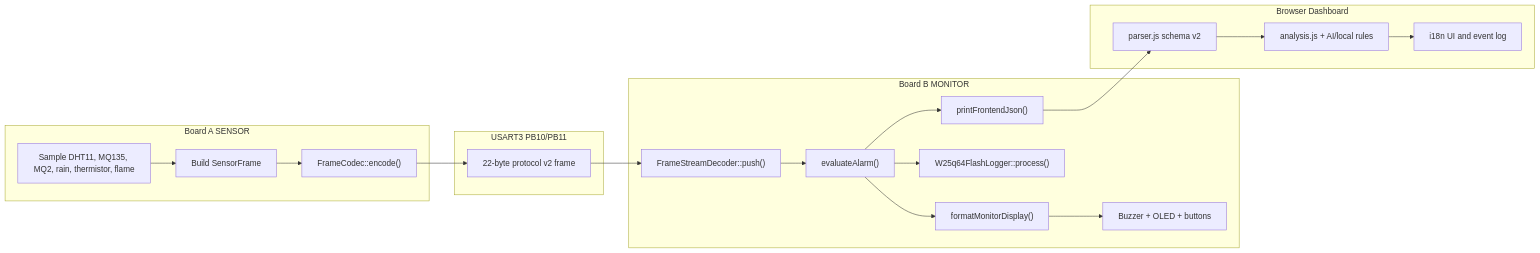
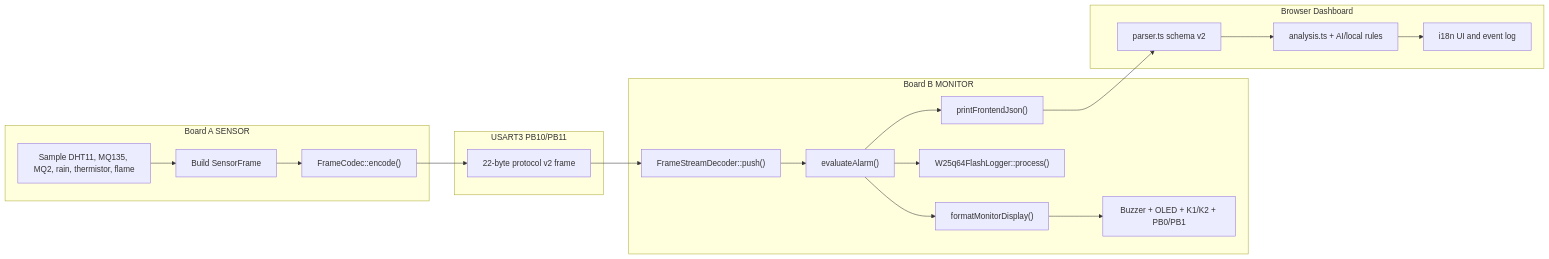
The first of 2 diagrams in docs/FUNCTION_DESIGN_WALKTHROUGH.en.md (Cusnd/dual-stm32-safety-monitor), drawn with Mermaid before and after one commit. The commit also changed other lines of this file and 118 other files, not shown here.

````diff
--- a/docs/FUNCTION_DESIGN_WALKTHROUGH.en.md
+++ b/docs/FUNCTION_DESIGN_WALKTHROUGH.en.md
@@ -9,32 +9,32 @@
 ```mermaid
 flowchart LR
   subgraph A["Board A SENSOR"]
     S1["Sample DHT11, MQ135, MQ2, rain, thermistor, flame"]
     S2["Build SensorFrame"]
     S3["FrameCodec::encode()"]
   end
 
   subgraph Link["USART3 PB10/PB11"]
     L1["22-byte protocol v2 frame"]
   end
 
   subgraph B["Board B MONITOR"]
     M1["FrameStreamDecoder::push()"]
     M2["evaluateAlarm()"]
     M3["formatMonitorDisplay()"]
-    M4["Buzzer + OLED + buttons"]
+    M4["Buzzer + OLED + K1/K2 + PB0/PB1"]
     M5["W25q64FlashLogger::process()"]
     M6["printFrontendJson()"]
   end
 
   subgraph Web["Browser Dashboard"]
-    W1["parser.js schema v2"]
-    W2["analysis.js + AI/local rules"]
+    W1["parser.ts schema v2"]
+    W2["analysis.ts + AI/local rules"]
     W3["i18n UI and event log"]
   end
 
   S1 --> S2 --> S3 --> L1 --> M1 --> M2
   M2 --> M3 --> M4
   M2 --> M5
   M2 --> M6 --> W1 --> W2 --> W3
 ```
````
